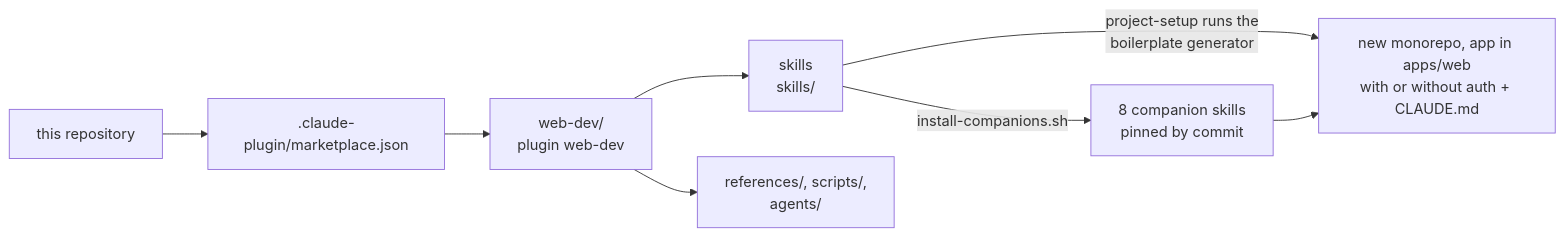
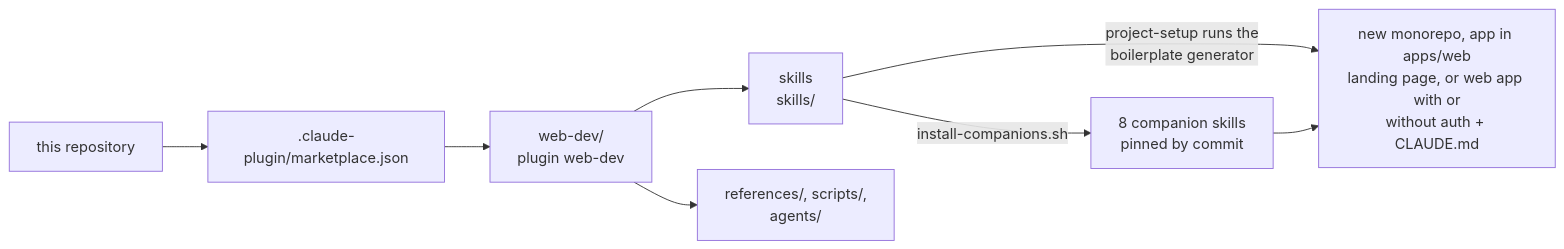
Before and after one commit to loiphan-agilityio/web-dev-plugin: the first of 4 diagrams in DESIGN.md, drawn with Mermaid. The commit also changed other lines of this file and 8 other files, not shown here.

````diff
--- a/DESIGN.md
+++ b/DESIGN.md
@@ -8,10 +8,10 @@
 ```mermaid
 flowchart LR
   repo["this repository"] --> mkt[".claude-plugin/marketplace.json"]
   mkt --> plugin["web-dev/<br/>plugin web-dev"]
   plugin --> skills["skills<br/>skills/"]
   plugin --> shared["references/, scripts/,<br/>agents/"]
-  skills -->|project-setup runs the<br/>boilerplate generator| app["new monorepo, app in apps/web<br/>with or without auth + CLAUDE.md"]
+  skills -->|project-setup runs the<br/>boilerplate generator| app["new monorepo, app in apps/web<br/>landing page, or web app with or<br/>without auth + CLAUDE.md"]
   skills -->|install-companions.sh| comp["8 companion skills<br/>pinned by commit"]
   comp --> app
 ```
````
